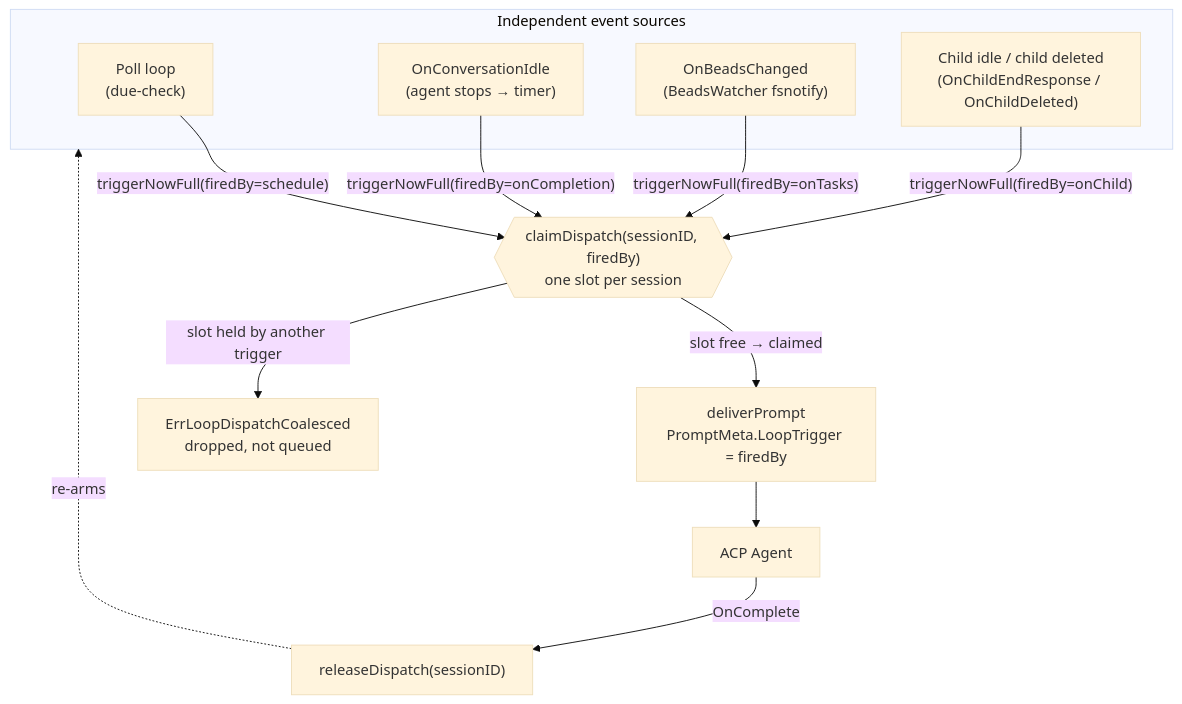
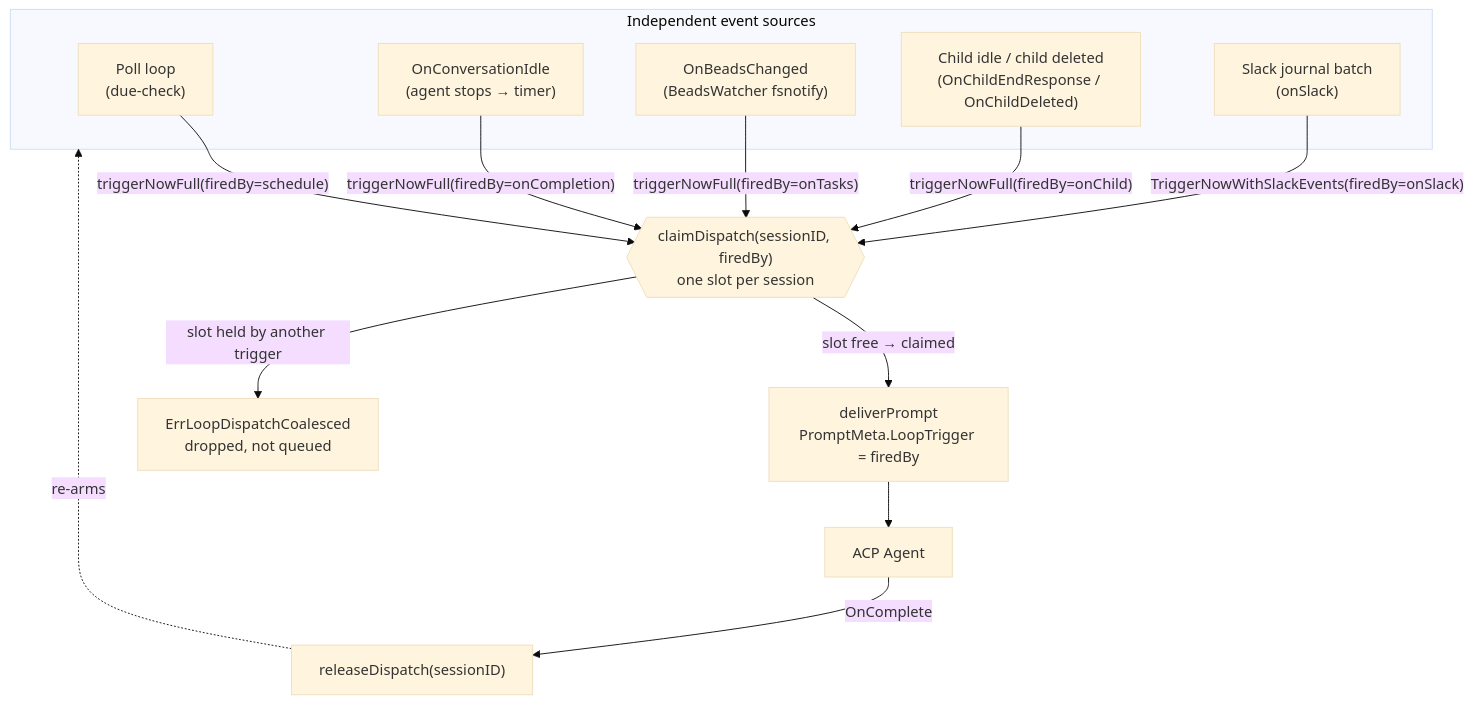
Before and after one commit to inercia/mitto: the second of 6 diagrams in docs/devel/message-queue.md, drawn with Mermaid (base theme). The commit also changed other lines of this file and 18 other files, not shown here.

First line of the commit message:
feat(mitto-37nx.4): add canonical onSlack loop trigger (refs mitto-37nx.4)

````diff
--- a/docs/devel/message-queue.md
+++ b/docs/devel/message-queue.md
@@ -174,22 +175,24 @@
 ```mermaid
 flowchart TB
     subgraph Sources["Independent event sources"]
         SCHED["Poll loop<br/>(due-check)"]
         COMP["OnConversationIdle<br/>(agent stops → timer)"]
         TASKS["OnBeadsChanged<br/>(BeadsWatcher fsnotify)"]
         CHILD["Child idle / child deleted<br/>(OnChildEndResponse / OnChildDeleted)"]
+        SLACK["Slack journal batch<br/>(onSlack)"]
     end
 
     SCHED -->|"triggerNowFull(firedBy=schedule)"| CLAIM
     COMP -->|"triggerNowFull(firedBy=onCompletion)"| CLAIM
     TASKS -->|"triggerNowFull(firedBy=onTasks)"| CLAIM
     CHILD -->|"triggerNowFull(firedBy=onChild)"| CLAIM
+    SLACK -->|"TriggerNowWithSlackEvents(firedBy=onSlack)"| CLAIM
 
     CLAIM{{"claimDispatch(sessionID, firedBy)<br/>one slot per session"}}
     CLAIM -->|"slot free → claimed"| DELIVER["deliverPrompt<br/>PromptMeta.LoopTrigger = firedBy"]
     CLAIM -->|"slot held by another trigger"| DROP["ErrLoopDispatchCoalesced<br/>dropped, not queued"]
 
     DELIVER --> AGENT[ACP Agent]
     AGENT -->|OnComplete| RELEASE["releaseDispatch(sessionID)"]
     RELEASE -.->|"re-arms"| Sources
 ```
````
